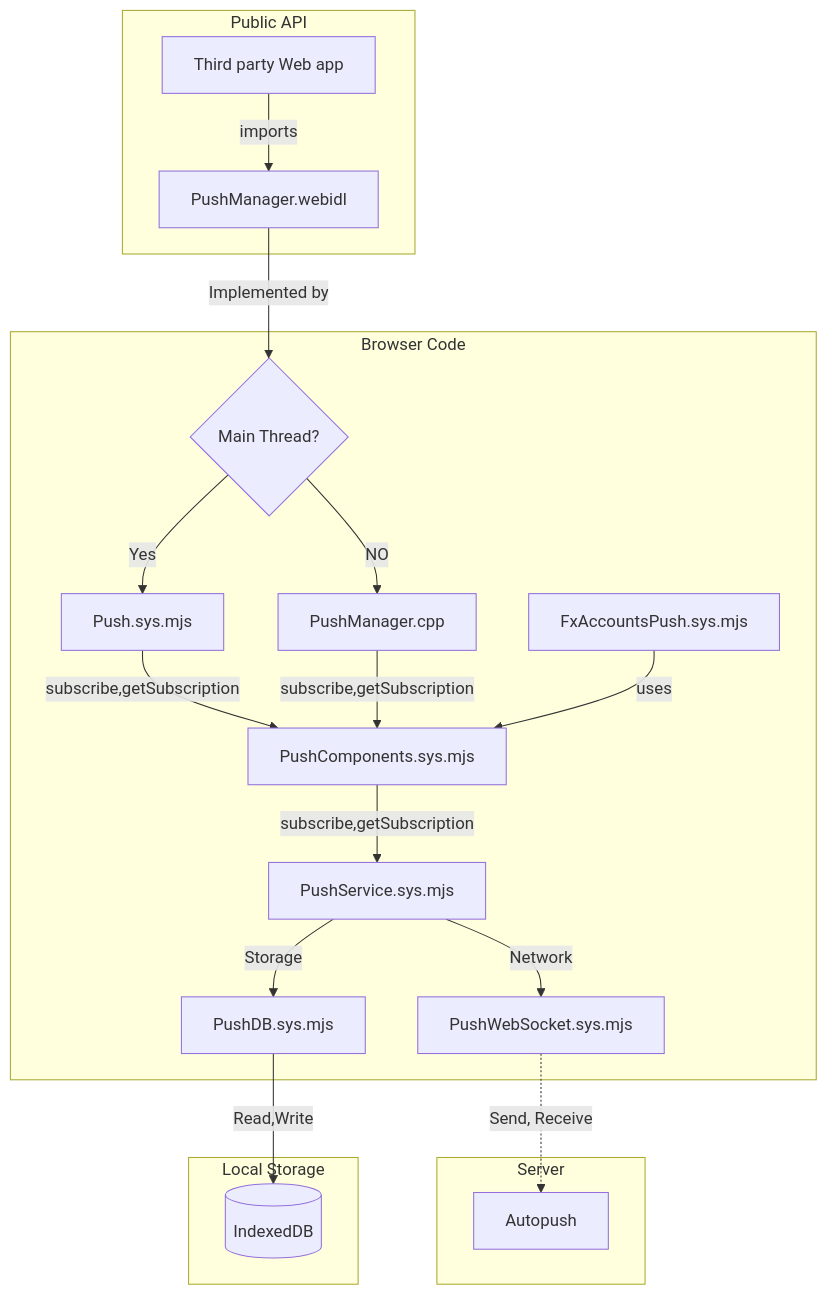
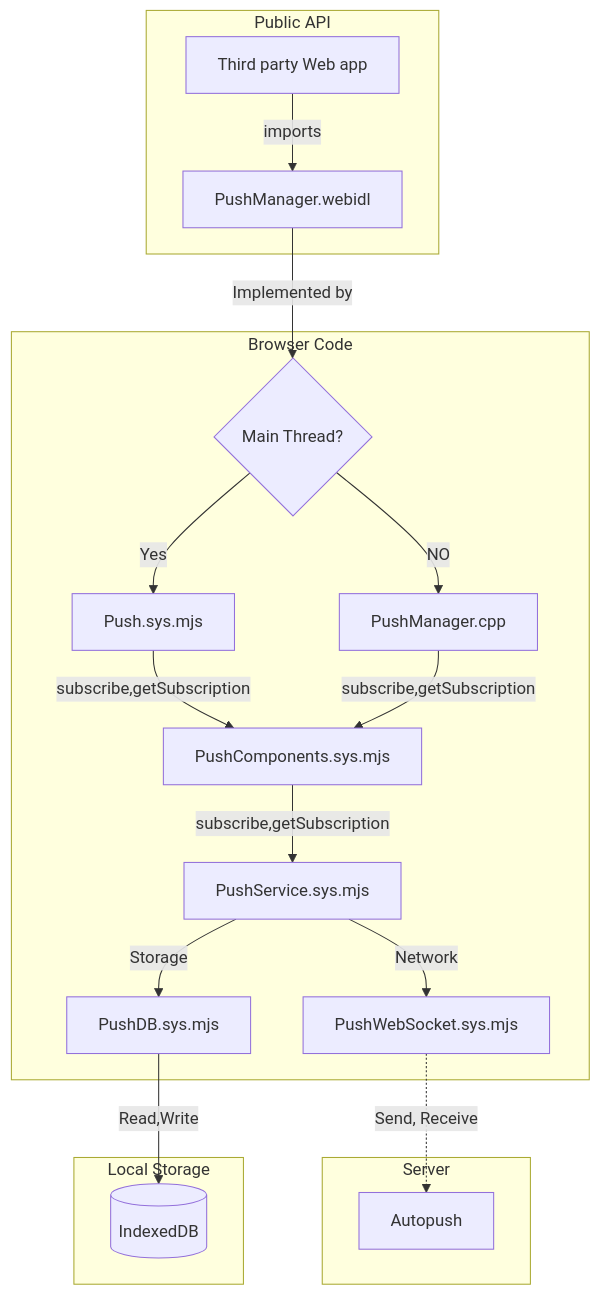
One commit to git-maniam/M6E changed the second of 5 diagrams in dom/docs/push/index.md. Above: the diagram before and after it, drawn with Mermaid. The commit also changed 13 other files, not shown here.

````diff
--- a/dom/docs/push/index.md
+++ b/dom/docs/push/index.md
@@ -53,24 +53,23 @@
 ```{mermaid}
 flowchart TD
     subgraph Public API
 
     W[Third party Web app]-->|imports| P[PushManager.webidl]
     end
     subgraph Browser Code
         P-->|Implemented by| MM
         MM{Main Thread?}-->|Yes| B[Push.sys.mjs]
         MM -->|NO| A[PushManager.cpp]
         B-->|subscribe,getSubscription| D[PushComponents.sys.mjs]
         A-->|subscribe,getSubscription| D
         D-->|subscribe,getSubscription| M[PushService.sys.mjs]
         M-->|Storage| S[PushDB.sys.mjs]
         M-->|Network| N[PushWebSocket.sys.mjs]
-        F[FxAccountsPush.sys.mjs] -->|uses| D
     end
     subgraph Server
     N-. Send, Receive.-> O[Autopush]
     end
     subgraph Local Storage
     S-->|Read,Write| PP[(IndexedDB)]
     end
 ```
````
